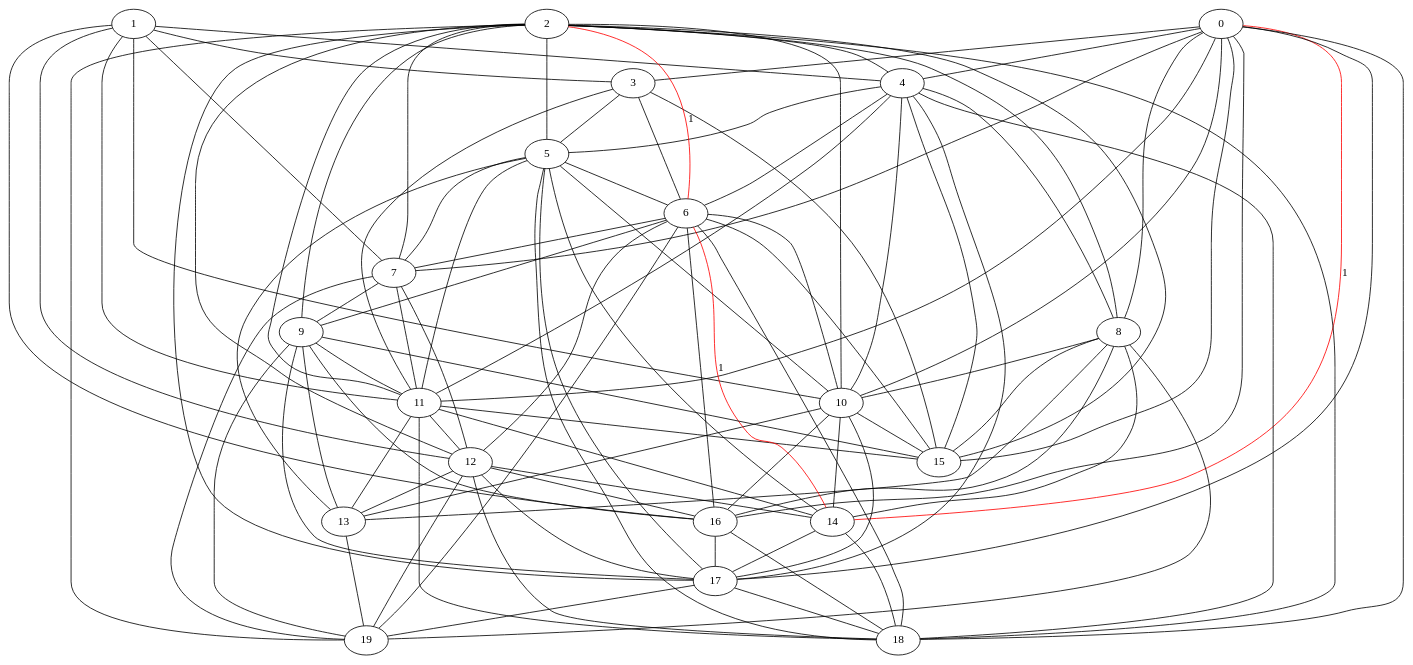
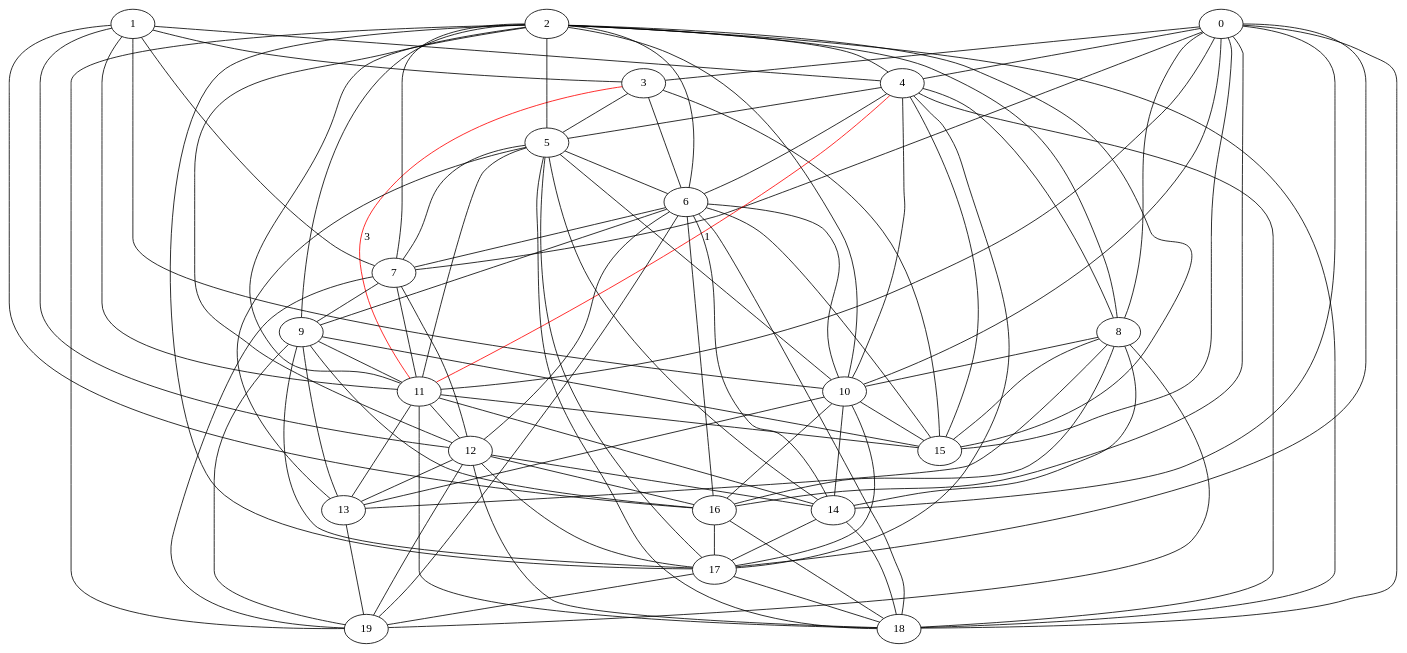
One commit to amitkvikram/CS2100 changed the diagram in week4b/dijkstra/weighted1new.dot. Above: the diagram before and after it, drawn with Graphviz. The commit also changed 11 other files, not shown here.

```diff
--- a/week4b/dijkstra/weighted1new.dot
+++ b/week4b/dijkstra/weighted1new.dot
@@ -1,102 +1,102 @@
 graph weighted1{
 	0 -- 3;
 	0 -- 4;
 	0 -- 7;
 	0 -- 8;
 	0 -- 10;
 	0 -- 11;
-	0 -- 14[color =red][label=1];
+	0 -- 14;
 	0 -- 15;
 	0 -- 16;
 	0 -- 17;
 	0 -- 18;
 	1 -- 3;
 	1 -- 4;
 	1 -- 7;
 	1 -- 10;
 	1 -- 11;
 	1 -- 12;
 	1 -- 16;
 	2 -- 4;
 	2 -- 5;
-	2 -- 6[color =red][label=1];
+	2 -- 6;
 	2 -- 7;
 	2 -- 8;
 	2 -- 9;
 	2 -- 10;
 	2 -- 11;
 	2 -- 12;
 	2 -- 15;
 	2 -- 17;
 	2 -- 18;
 	2 -- 19;
 	3 -- 5;
 	3 -- 6;
-	3 -- 11;
+	3 -- 11[color =red][label=3];
 	3 -- 15;
 	4 -- 5;
 	4 -- 6;
 	4 -- 8;
 	4 -- 10;
-	4 -- 11;
+	4 -- 11[color =red][label=1];
 	4 -- 15;
 	4 -- 17;
 	4 -- 18;
 	5 -- 6;
 	5 -- 7;
 	5 -- 10;
 	5 -- 11;
 	5 -- 13;
 	5 -- 14;
 	5 -- 17;
 	5 -- 18;
 	6 -- 7;
 	6 -- 9;
 	6 -- 10;
 	6 -- 12;
-	6 -- 14[color =red][label=1];
+	6 -- 14;
 	6 -- 15;
 	6 -- 16;
 	6 -- 18;
 	6 -- 19;
 	7 -- 9;
 	7 -- 11;
 	7 -- 12;
 	7 -- 19;
 	8 -- 10;
 	8 -- 13;
 	8 -- 14;
 	8 -- 15;
 	8 -- 16;
 	8 -- 19;
 	9 -- 11;
 	9 -- 13;
 	9 -- 15;
 	9 -- 16;
 	9 -- 17;
 	9 -- 19;
 	10 -- 13;
 	10 -- 14;
 	10 -- 15;
 	10 -- 16;
 	10 -- 17;
 	11 -- 12;
 	11 -- 13;
 	11 -- 14;
 	11 -- 15;
 	11 -- 18;
 	12 -- 13;
 	12 -- 14;
 	12 -- 16;
 	12 -- 17;
 	12 -- 18;
 	12 -- 19;
 	13 -- 19;
 	14 -- 17;
 	14 -- 18;
 	16 -- 17;
 	16 -- 18;
 	17 -- 18;
 	17 -- 19;
 	19
 }
```
